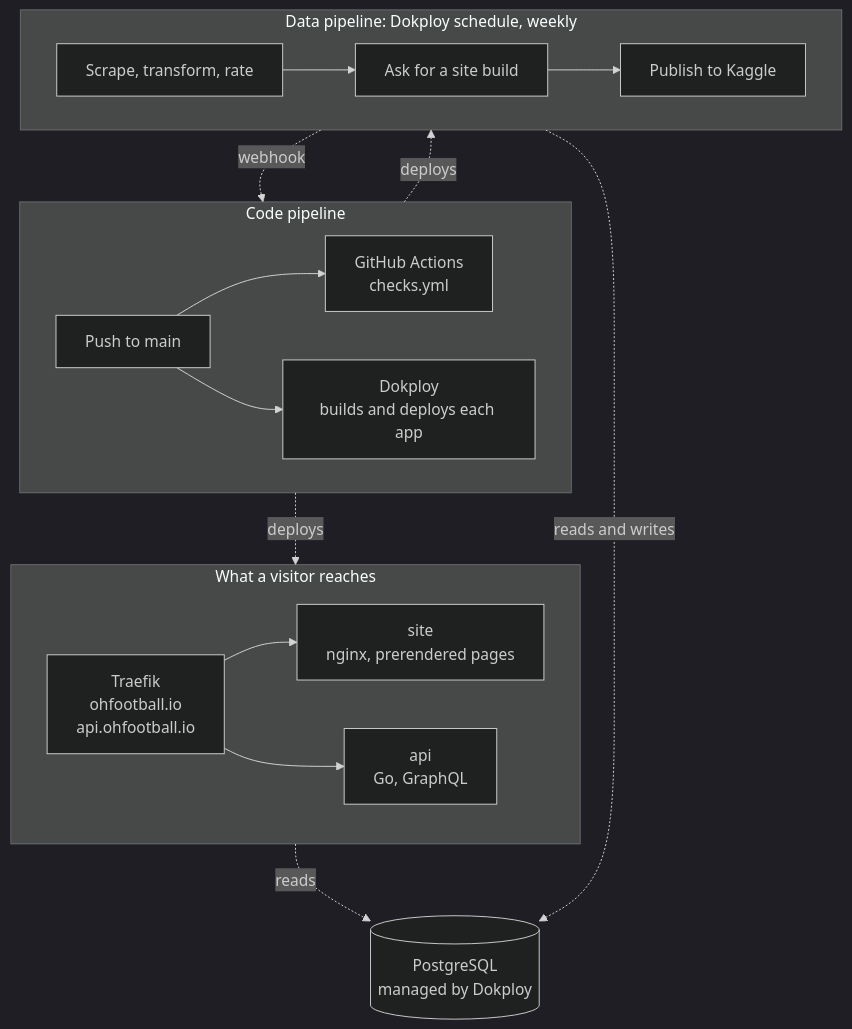
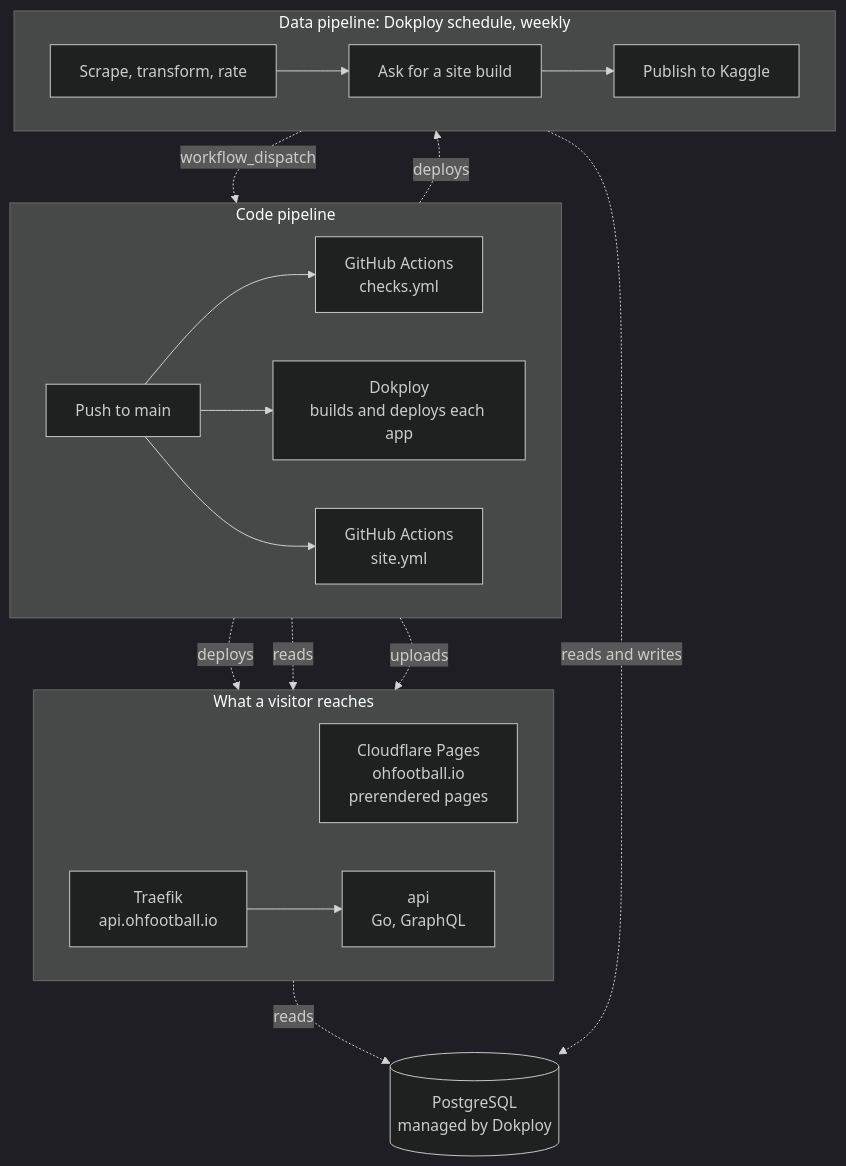
One commit to StephenODea54/ohfootball.io changed the first of 4 diagrams in docs/architecture.md. Above: the diagram before and after it, drawn with Mermaid (dark theme). The commit also changed other lines of this file and 13 other files, not shown here.

````diff
--- a/docs/architecture.md
+++ b/docs/architecture.md
@@ -14,27 +18,30 @@
 ```mermaid
 flowchart TB
     subgraph code["Code pipeline"]
         direction LR
         merge["Push to main"] --> checks["GitHub Actions<br/>checks.yml"]
         merge --> deploy["Dokploy<br/>builds and deploys each app"]
+        merge --> sitewf["GitHub Actions<br/>site.yml"]
     end
 
     subgraph data["Data pipeline: Dokploy schedule, weekly"]
         direction LR
         run["Scrape, transform, rate"] --> site["Ask for a site build"] --> kaggle["Publish to Kaggle"]
     end
 
     subgraph serve["What a visitor reaches"]
         direction LR
-        proxy["Traefik<br/>ohfootball.io<br/>api.ohfootball.io"] --> web["site<br/>nginx, prerendered pages"]
-        proxy --> api["api<br/>Go, GraphQL"]
+        pages["Cloudflare Pages<br/>ohfootball.io<br/>prerendered pages"]
+        proxy["Traefik<br/>api.ohfootball.io"] --> api["api<br/>Go, GraphQL"]
     end
 
     warehouse[("PostgreSQL<br/>managed by Dokploy")]
 
-    deploy -.deploys.-> serve
+    deploy -.deploys.-> api
     deploy -.deploys.-> data
+    sitewf -.reads.-> proxy
+    sitewf -.uploads.-> pages
     run -.reads and writes.-> warehouse
     api -.reads.-> warehouse
-    site -.webhook.-> deploy
+    site -.workflow_dispatch.-> sitewf
 ```
````
